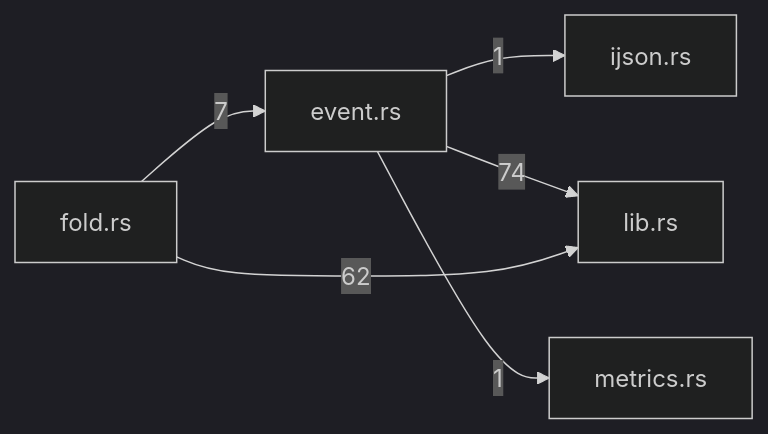
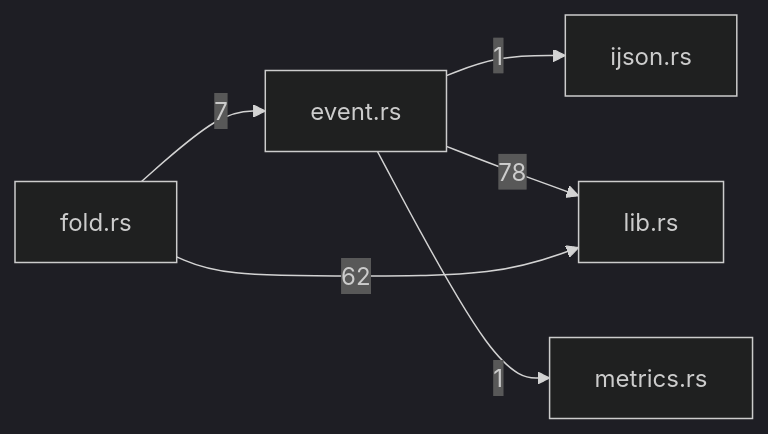
Before and after one commit to TekesApps/TekesKernel: the diagram in crates/schema/docs/generated/index.md, drawn with Mermaid (dark theme). The commit also changed other lines of this file and 140 other files, not shown here.

````diff
--- a/crates/schema/docs/generated/index.md
+++ b/crates/schema/docs/generated/index.md
@@ -52,13 +52,13 @@
 ```mermaid
 flowchart LR
   m0["event.rs"]
   m1["fold.rs"]
   m2["ijson.rs"]
   m3["lib.rs"]
   m4["metrics.rs"]
   m0 -->|"1"| m2
-  m0 -->|"74"| m3
+  m0 -->|"78"| m3
   m0 -->|"1"| m4
   m1 -->|"7"| m0
   m1 -->|"62"| m3
 ```
````
